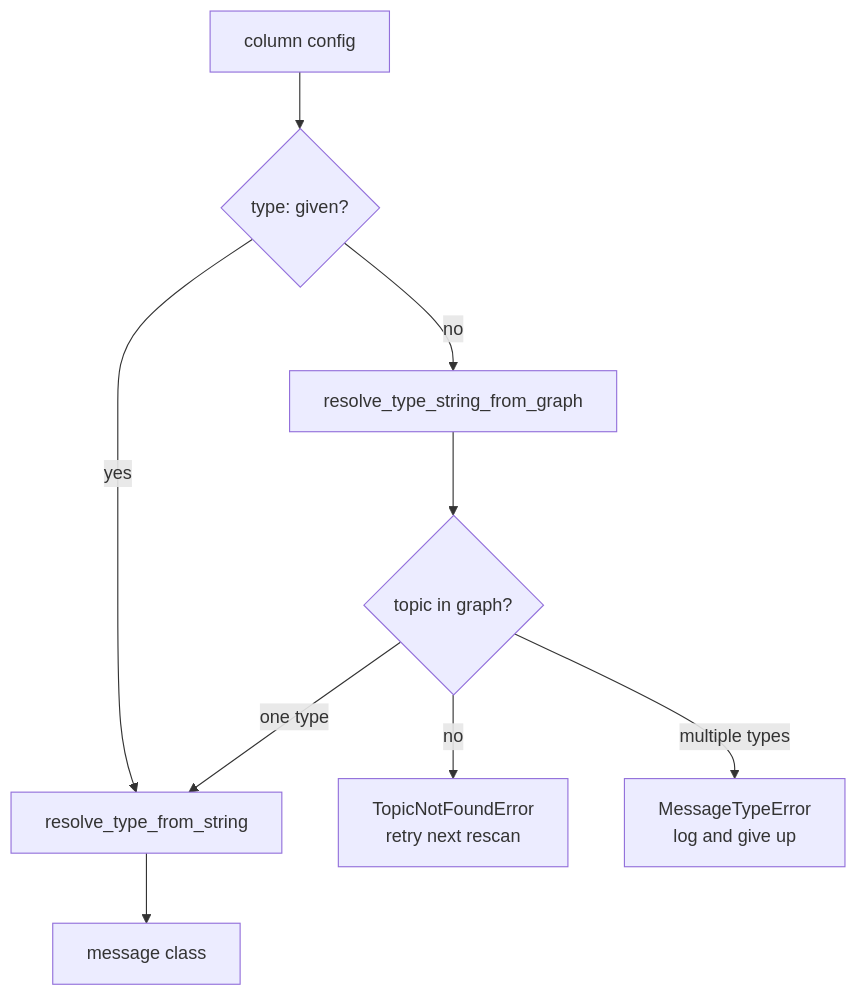
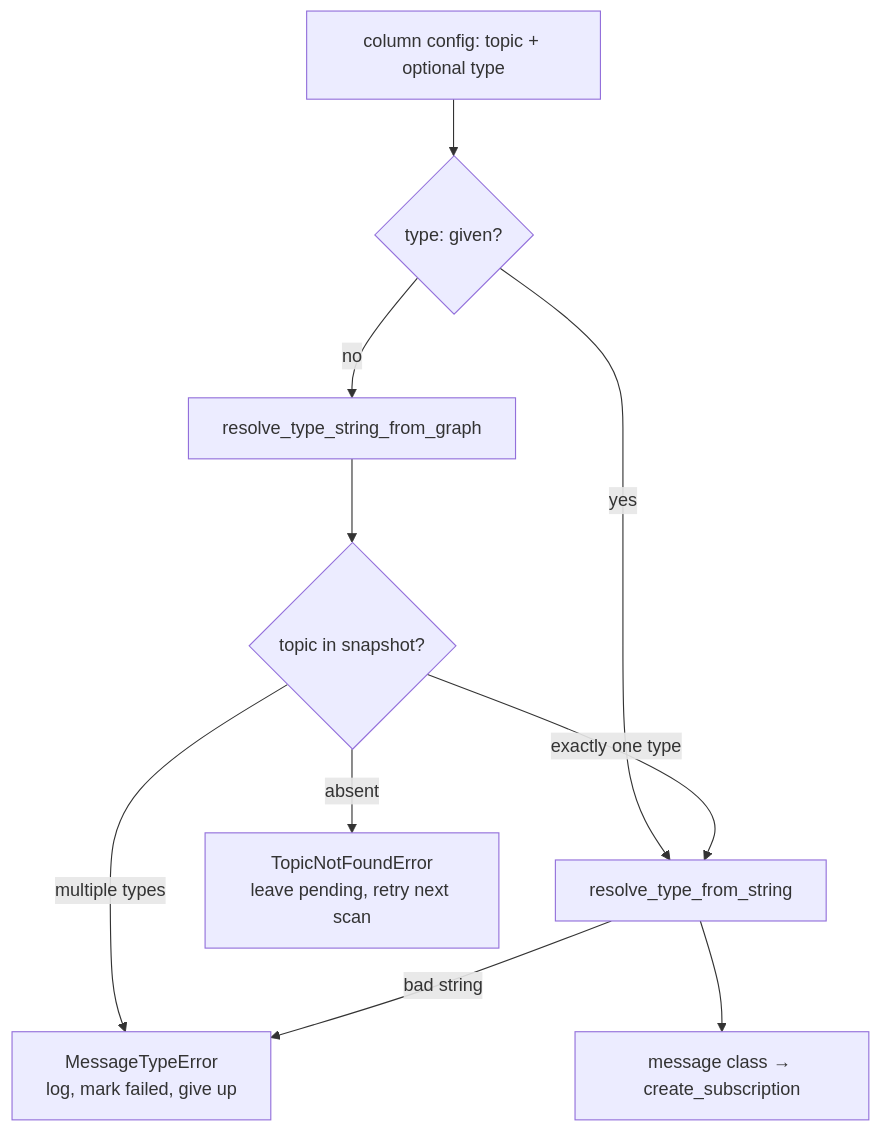
One commit to Boston-Robot-Hackers/metawtf changed the diagram in 01-literate/03-msg_type.md. Above: the diagram before and after it, drawn with Mermaid. The commit also changed other lines of this file and 65 other files, not shown here.

````diff
--- a/01-literate/03-msg_type.md
+++ b/01-literate/03-msg_type.md
@@ -36,11 +29,12 @@
 ```mermaid
 flowchart TD
-    A[column config] --> B{type: given?}
+    A[column config: topic + optional type] --> B{type: given?}
     B -->|yes| C[resolve_type_from_string]
     B -->|no| D[resolve_type_string_from_graph]
-    D --> E{topic in graph?}
-    E -->|no| F[TopicNotFoundError\nretry next rescan]
-    E -->|multiple types| G[MessageTypeError\nlog and give up]
-    E -->|one type| C
-    C --> H[message class]
+    D --> E{topic in snapshot?}
+    E -->|absent| F[TopicNotFoundError<br/>leave pending, retry next scan]
+    E -->|multiple types| G[MessageTypeError<br/>log, mark failed, give up]
+    E -->|exactly one type| C
+    C -->|bad string| G
+    C --> H[message class → create_subscription]
 ```
````
